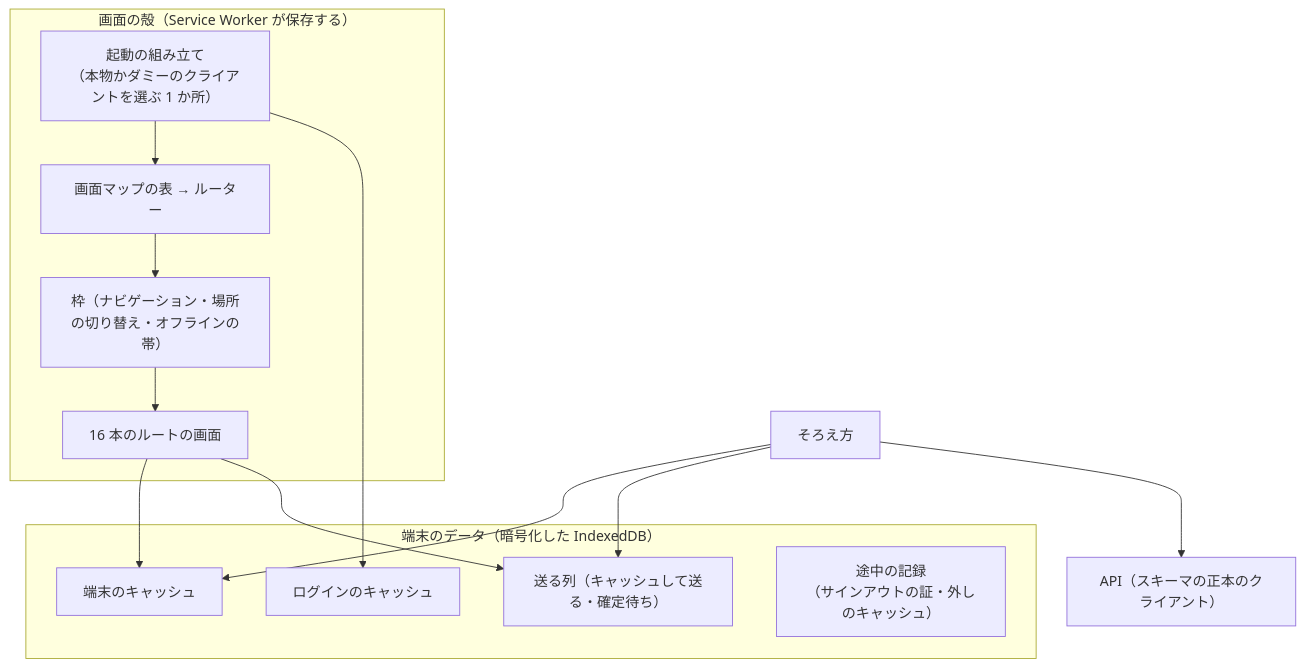
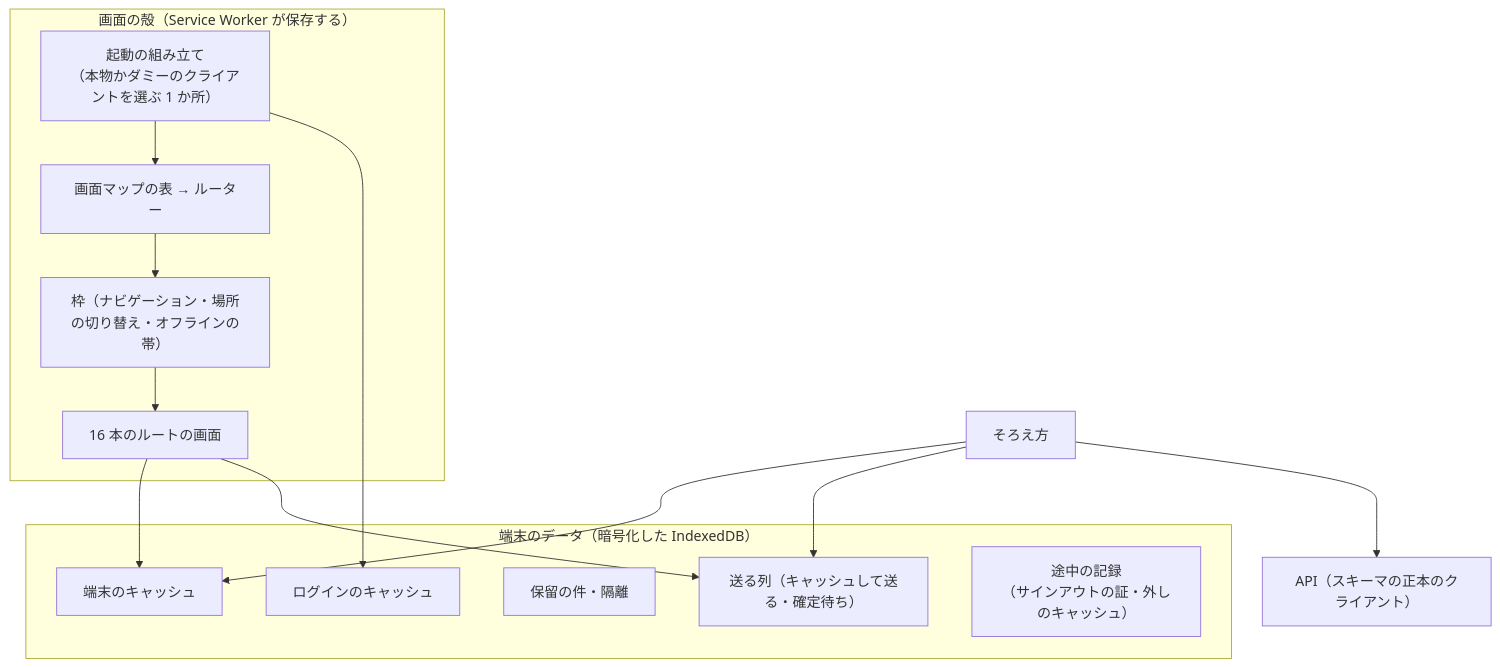
Before and after one commit to devbasex/nd-factory: the second of 5 diagrams in issues/issue-12-design.md, drawn with Mermaid. The commit also changed other lines of this file and 5 other files, not shown here.

````diff
--- a/issues/issue-12-design.md
+++ b/issues/issue-12-design.md
@@ -63,22 +63,23 @@
 ```mermaid
 graph TD
   subgraph shell["画面の殻（Service Worker が保存する）"]
     C["起動の組み立て<br/>（本物かダミーのクライアントを選ぶ 1 か所）"]
     RT["画面マップの表 → ルーター"]
     F["枠（ナビゲーション・場所の切り替え・オフラインの帯）"]
     S["16 本のルートの画面"]
     C --> RT --> F --> S
   end
   subgraph data["端末のデータ（暗号化した IndexedDB）"]
     K["端末のキャッシュ"]
     Q["送る列（キャッシュして送る・確定待ち）"]
+    H["保留の件・隔離"]
     L["ログインのキャッシュ"]
     PR["途中の記録<br/>（サインアウトの証・外しのキャッシュ）"]
   end
   S --> K
   S --> Q
   SY["そろえ方"] --> K
   SY --> Q
   C --> L
   SY --> API["API（スキーマの正本のクライアント）"]
 ```
````
